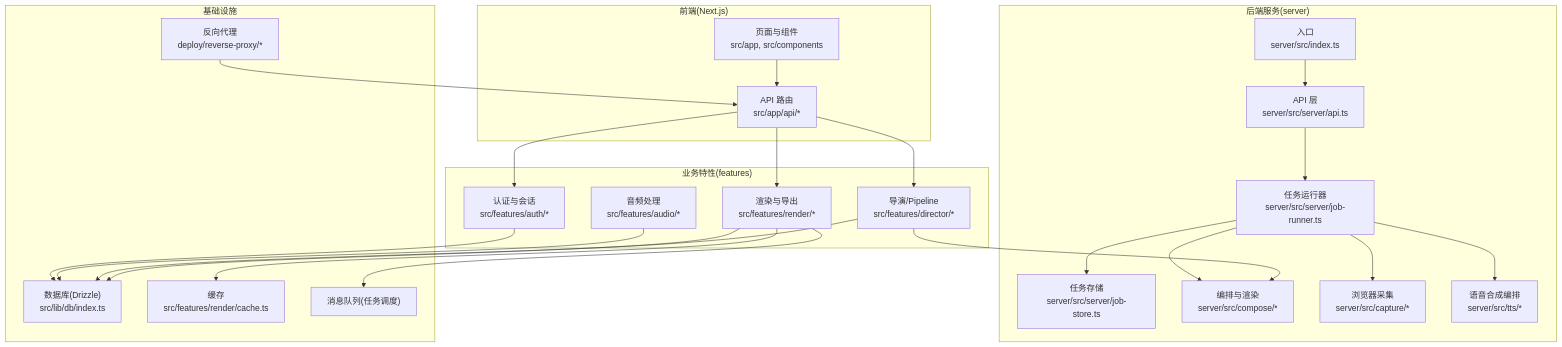
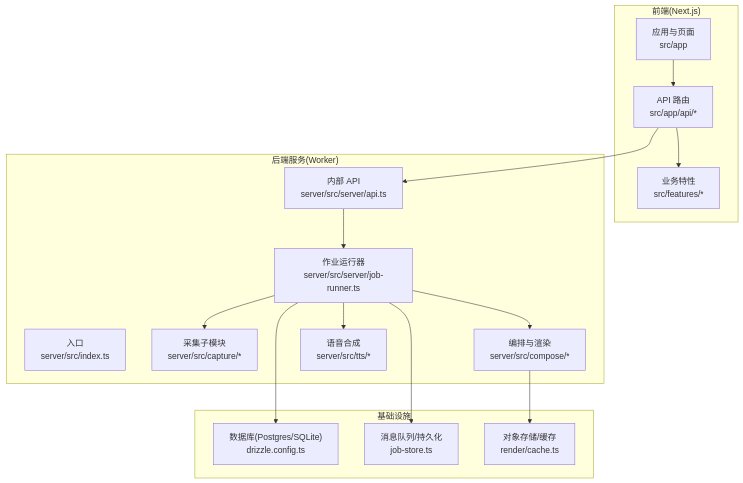
The first of 10 diagrams in .qoder/repowiki/zh/content/架构设计/架构设计.md (scottcwy/PurpleInk), drawn with Mermaid before and after one commit. The commit also changed other lines of this file and 872 other files, not shown here.

````diff
--- a/.qoder/repowiki/zh/content/架构设计/架构设计.md
+++ b/.qoder/repowiki/zh/content/架构设计/架构设计.md
@@ -72,46 +74,31 @@
 ```mermaid
 graph TB
 subgraph "前端(Next.js)"
-UI["页面与组件<br/>src/app, src/components"]
-API_Routes["API 路由<br/>src/app/api/*"]
+FE_App["应用与页面<br/>src/app"]
+FE_API["API 路由<br/>src/app/api/*"]
+FE_Features["业务特性<br/>src/features/*"]
 end
-subgraph "后端服务(server)"
-Server_Index["入口<br/>server/src/index.ts"]
-API_Server["API 层<br/>server/src/server/api.ts"]
-JobRunner["任务运行器<br/>server/src/server/job-runner.ts"]
-JobStore["任务存储<br/>server/src/server/job-store.ts"]
-Compose["编排与渲染<br/>server/src/compose/*"]
-Capture["浏览器采集<br/>server/src/capture/*"]
-TTS["语音合成编排<br/>server/src/tts/*"]
-end
-subgraph "业务特性(features)"
-Director["导演/Pipeline<br/>src/features/director/*"]
-Render["渲染与导出<br/>src/features/render/*"]
-Audio["音频处理<br/>src/features/audio/*"]
-Auth["认证与会话<br/>src/features/auth/*"]
+subgraph "后端服务(Worker)"
+Srv_Index["入口<br/>server/src/index.ts"]
+Srv_API["内部 API<br/>server/src/server/api.ts"]
+Srv_JobRunner["作业运行器<br/>server/src/server/job-runner.ts"]
+Srv_Capture["采集子模块<br/>server/src/capture/*"]
+Srv_Compose["编排与渲染<br/>server/src/compose/*"]
+Srv_TTS["语音合成<br/>server/src/tts/*"]
 end
 subgraph "基础设施"
-DB["数据库(Drizzle)<br/>src/lib/db/index.ts"]
-Cache["缓存<br/>src/features/render/cache.ts"]
-MQ["消息队列(任务调度)"]
-ReverseProxy["反向代理<br/>deploy/reverse-proxy/*"]
+DB["数据库(Postgres/SQLite)<br/>drizzle.config.ts"]
+Queue["消息队列/持久化<br/>job-store.ts"]
+Storage["对象存储/缓存<br/>render/cache.ts"]
 end
-UI --> API_Routes
-API_Routes --> Director
-API_Routes --> Render
-API_Routes --> Auth
-Director --> Compose
-Director --> DB
-Render --> DB
-Render --> Cache
-Render --> MQ
-Audio --> DB
-Auth --> DB
-Server_Index --> API_Server
-API_Server --> JobRunner
-JobRunner --> JobStore
-JobRunner --> Compose
-JobRunner --> Capture
-JobRunner --> TTS
-ReverseProxy --> API_Routes
+FE_App --> FE_API
+FE_API --> FE_Features
+FE_API --> Srv_API
+Srv_API --> Srv_JobRunner
+Srv_JobRunner --> Srv_Capture
+Srv_JobRunner --> Srv_Compose
+Srv_JobRunner --> Srv_TTS
+Srv_JobRunner --> Queue
+Srv_JobRunner --> DB
+Srv_Compose --> Storage
 ```
````
